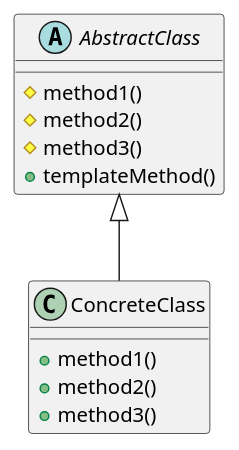
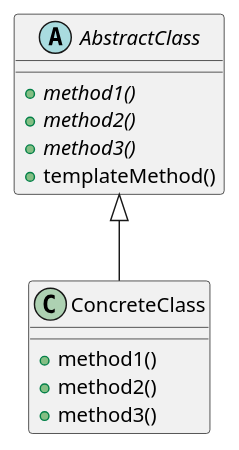
One commit to jsyang-dev/study-designpattern changed the diagram in src/me/study/pattern/templatemethod/TemplateMethod.puml. Above: the diagram before and after it, drawn with PlantUML. The commit also changed 7 other files, not shown here.

First line of the commit message:
기능: 클래스 다이어그램 수정

```diff
--- a/src/me/study/pattern/templatemethod/TemplateMethod.puml
+++ b/src/me/study/pattern/templatemethod/TemplateMethod.puml
@@ -1,17 +1,17 @@
 @startuml
 
 abstract class AbstractClass {
-    #method1()
-    #method2()
-    #method3()
+    +{abstract} method1()
+    +{abstract} method2()
+    +{abstract} method3()
     +templateMethod()
 }
 class ConcreteClass {
     +method1()
     +method2()
     +method3()
 }
 
-AbstractClass <|--ConcreteClass
+AbstractClass <|-- ConcreteClass
 
 @enduml
```
